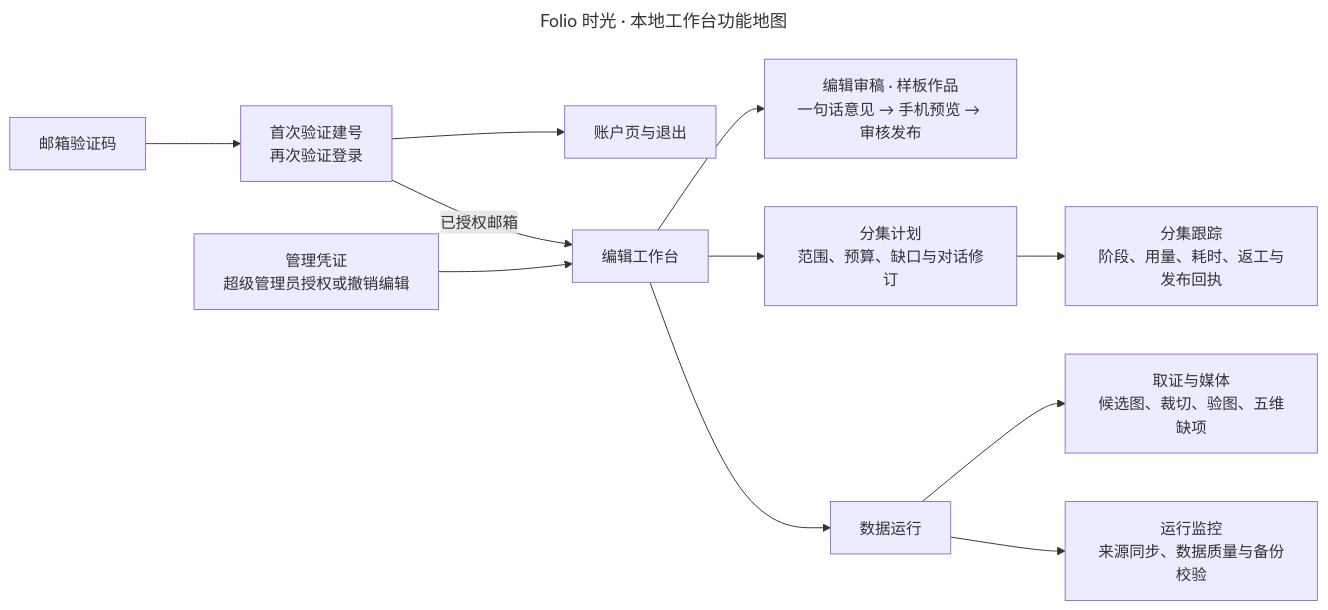
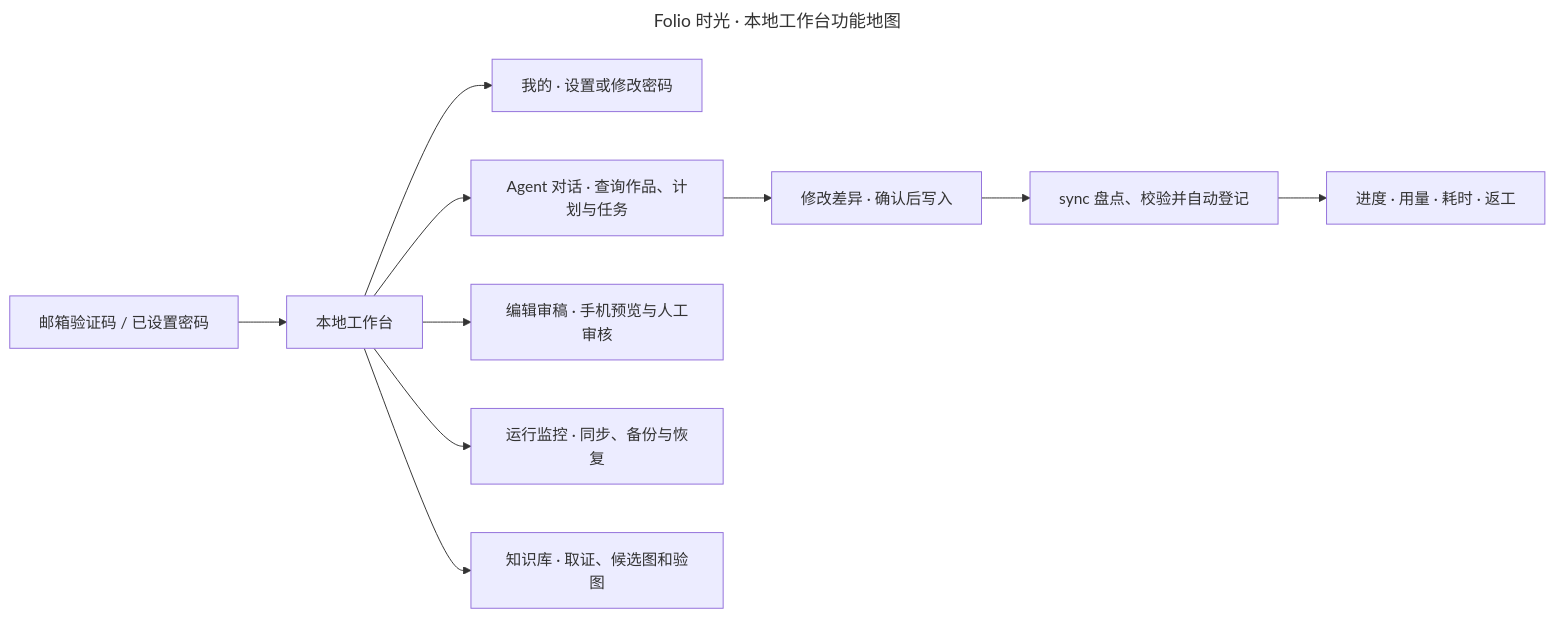
Before and after one commit to bluedao10000/player: the diagram in docs/diagrams/workbench.mmd, drawn with Mermaid. The commit also changed 22 other files, not shown here.

Commit message:
Update architecture diagrams for episode production and rollout

```diff
--- a/docs/diagrams/workbench.mmd
+++ b/docs/diagrams/workbench.mmd
@@ -1,25 +1,23 @@
 ---
 title: Folio 时光 · 本地工作台功能地图
 ---
 flowchart LR
-  auth["邮箱验证码"] --> member["首次验证建号<br/>再次验证登录"]
-  member --> account["账户页与退出"]
-  member -->|已授权邮箱| desk["编辑工作台"]
-  admin["管理凭证<br/>超级管理员授权或撤销编辑"] --> desk
-  desk --> edit["编辑审稿 · 样板作品<br/>一句话意见 → 手机预览 → 审核发布"]
-  desk --> plan["分集计划<br/>范围、预算、缺口与对话修订"]
-  desk --> observe["数据运行"]
-  plan --> release["分集跟踪<br/>阶段、用量、耗时、返工与发布回执"]
-  observe --> assets["取证与媒体<br/>候选图、裁切、验图、五维缺项"]
-  observe --> ops["运行监控<br/>来源同步、数据质量与备份校验"]
-%% auth | 六位验证码与工作台专属挑战，五分钟有效。 | apps/api/internal/handler/reader/auth.go
-%% member | 验证成功后创建账户与独立会话。 | apps/api/internal/handler/reader/auth.go
-%% account | 普通账户显示已验证邮箱，可退出登录。 | apps/web/src/features/workbench/editor-desk.tsx
-%% admin | 保留管理员凭证登录。 | apps/web/src/features/workbench/editor-proxy.server.ts
-%% desk | Gin 根据数据库中的邮箱授权检查编辑权限。 | apps/api/internal/handler/knowledge/editor.go
-%% edit | 两部样板作品支持章节与人物设定修订。 | apps/web/src/features/workbench/editor-desk.tsx
-%% plan | 登记范围与预算，按版本保存修订意见。 | apps/api/internal/repository/queries/knowledge/schedule.queries
-%% release | 从制作账本与发布回执汇总每集状态。 | apps/web/src/features/workbench/editor-desk.tsx
-%% observe | 验证工作台编辑权限后读取私有数据。 | apps/web/src/features/workbench/feed.ts
-%% assets | 展示实际制作任务和运行证据。 | apps/web/src/routes/workbench.tsx
-%% ops | 汇总同步、质检与备份记录。 | apps/web/src/features/workbench/feed.ts
+  auth["邮箱验证码 / 已设置密码"] --> desk["本地工作台"]
+  desk --> account["我的 · 设置或修改密码"]
+  desk --> chat["Agent 对话 · 查询作品、计划与任务"]
+  chat --> confirm["修改差异 · 确认后写入"]
+  confirm --> config["sync 盘点、校验并自动登记"]
+  config --> track["进度 · 用量 · 耗时 · 返工"]
+  desk --> edit["编辑审稿 · 手机预览与人工审核"]
+  desk --> ops["运行监控 · 同步、备份与恢复"]
+  desk --> assets["知识库 · 取证、候选图和验图"]
+%% auth | 首次验证邮箱会建号，也可使用已设置的登录密码。 | apps/web/src/features/workbench/editor-desk.tsx
+%% desk | Web 路由只允许本地访问，正式站拒绝工作台请求。 | apps/web/src/features/workbench/local.ts
+%% account | 通过邮箱验证后设置或修改密码，并重新登录。 | apps/web/src/features/workbench/editor-desk.tsx
+%% chat | 对话保留会话与操作历史，查询真实计划、候选和执行状态。 | apps/web/src/features/workbench/chat.tsx
+%% confirm | 更新须经鉴权、版本校验和幂等检查。 | apps/api/internal/handler/knowledge/chat.go
+%% config | Pi 根据已登记的同版来源生成分集配置，Go 校验与登记。 | apps/api/internal/service/knowledge/episode_configuration.go
+%% track | 在计划页汇总配置尝试、模型回执、验收及发布状态。 | apps/web/src/features/workbench/editor-desk.tsx
+%% edit | 章节、人物与世界观沿用手机预览与按任务审核。 | apps/api/internal/service/knowledge/editor.go
+%% ops | 汇总同步、质检及恢复校验。 | apps/web/src/features/workbench/feed.ts
+%% assets | 展示实际候选、原图、手机裁切、验图和各维度缺项。 | apps/web/src/features/workbench/scope-report.tsx
```
